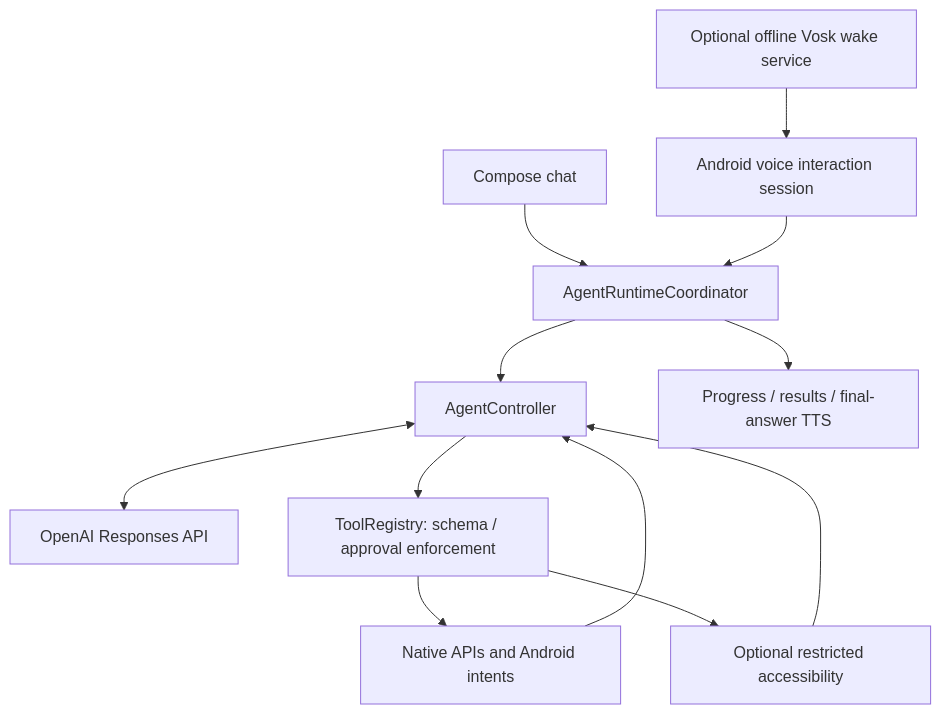
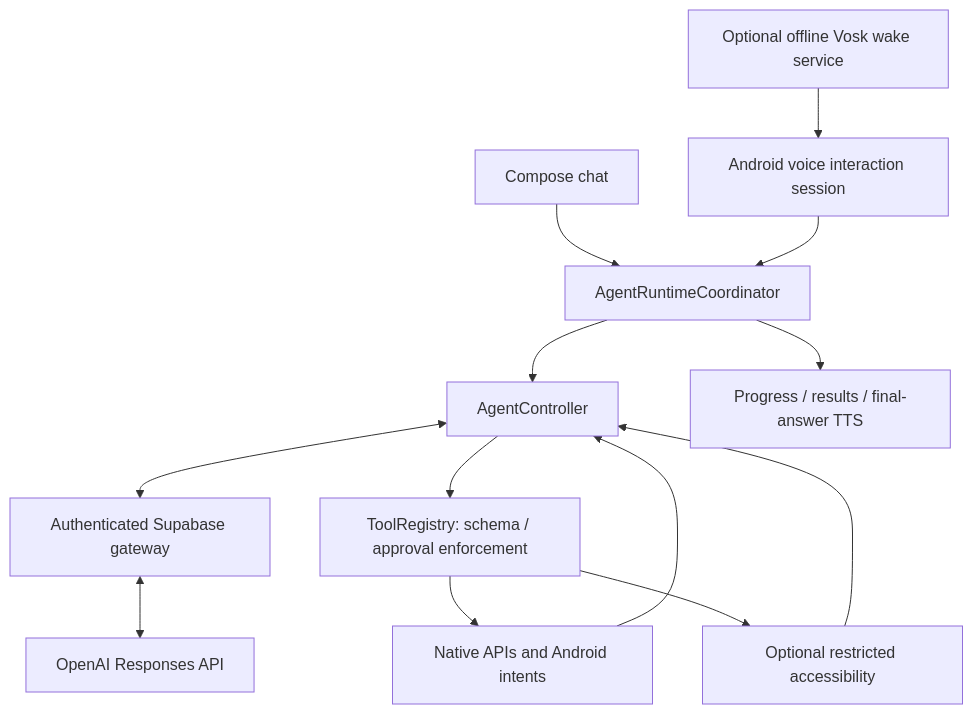
Before and after one commit to anandh0u/android-solappan: the diagram in PROJECT.md, drawn with Mermaid. The commit also changed other lines of this file and 30 other files, not shown here.

Commit message:
Deploy Supabase gateway and add dynamic app discovery with guarded message sending

````diff
--- a/PROJECT.md
+++ b/PROJECT.md
@@ -11,14 +11,15 @@
 ```mermaid
 flowchart TD
     W[Optional offline Vosk wake service] --> V[Android voice interaction session]
     M[Compose chat] --> R[AgentRuntimeCoordinator]
     V --> R
     R --> C[AgentController]
-    C <--> O[OpenAI Responses API]
+    C <--> G[Authenticated Supabase gateway]
+    G <--> O[OpenAI Responses API]
     C --> T[ToolRegistry: schema / approval enforcement]
     T --> N[Native APIs and Android intents]
     T --> A[Optional restricted accessibility]
     N --> C
     A --> C
     R --> U[Progress / results / final-answer TTS]
 ```
````
